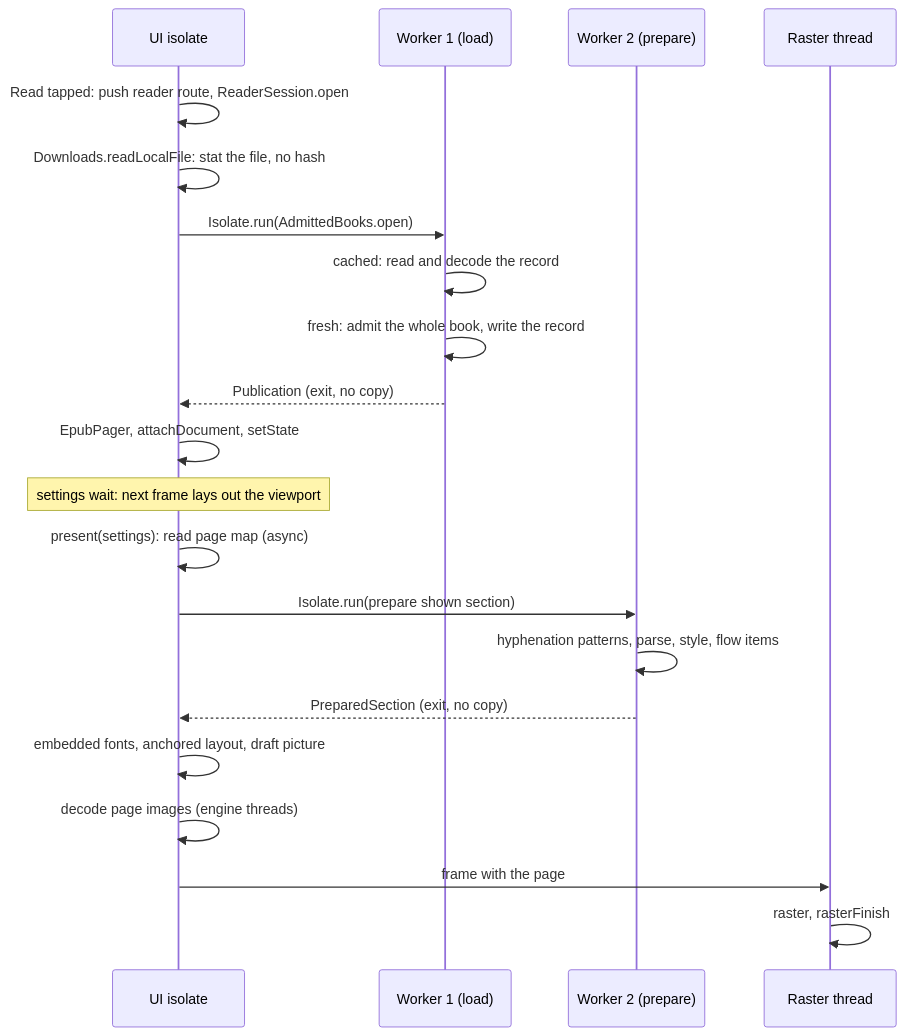
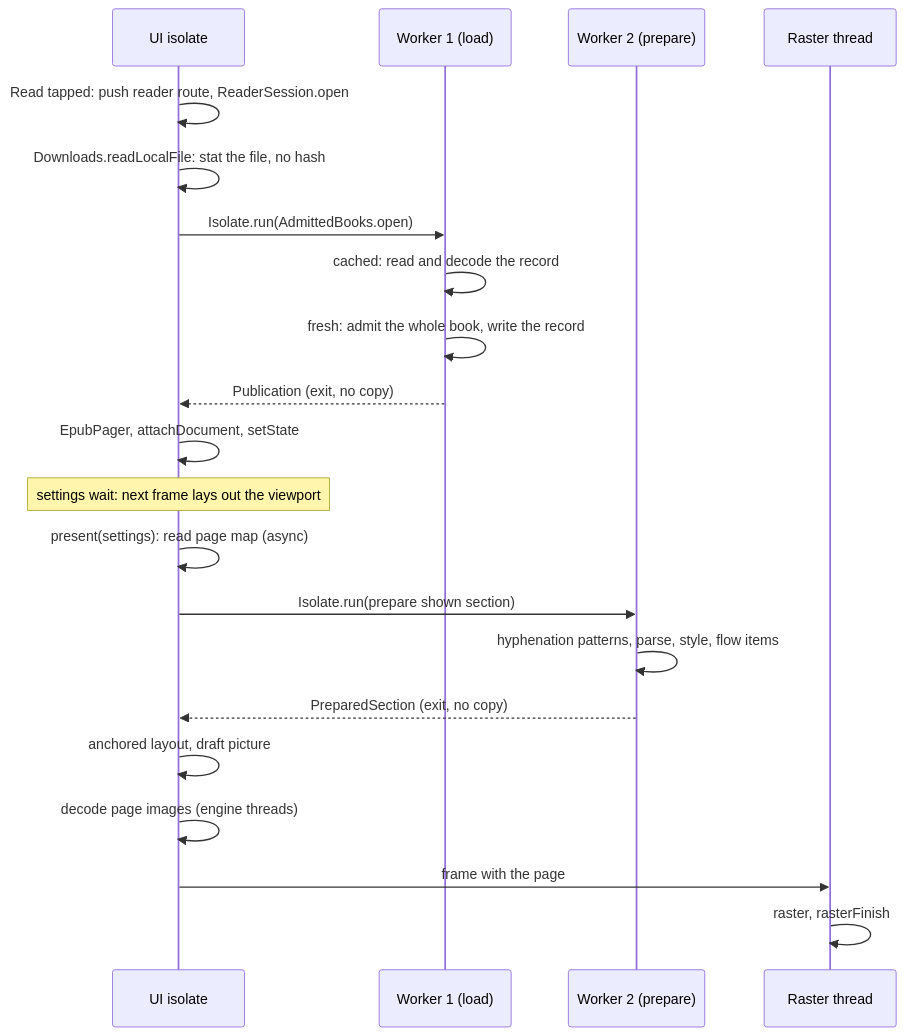
Before and after one commit to alexispurslane/bookfin: the diagram in docs/plans/faster-book-open.md, drawn with Mermaid. The commit also changed other lines of this file and 35 other files, not shown here.

````diff
--- a/docs/plans/faster-book-open.md
+++ b/docs/plans/faster-book-open.md
@@ -39,23 +39,23 @@
 ```mermaid
 sequenceDiagram
   participant UI as UI isolate
   participant W1 as Worker 1 (load)
   participant W2 as Worker 2 (prepare)
   participant R as Raster thread
   UI->>UI: Read tapped: push reader route, ReaderSession.open
   UI->>UI: Downloads.readLocalFile: stat the file, no hash
   UI->>W1: Isolate.run(AdmittedBooks.open)
   W1->>W1: cached: read and decode the record
   W1->>W1: fresh: admit the whole book, write the record
   W1-->>UI: Publication (exit, no copy)
   UI->>UI: EpubPager, attachDocument, setState
   Note over UI: settings wait: next frame lays out the viewport
   UI->>UI: present(settings): read page map (async)
   UI->>W2: Isolate.run(prepare shown section)
   W2->>W2: hyphenation patterns, parse, style, flow items
   W2-->>UI: PreparedSection (exit, no copy)
-  UI->>UI: embedded fonts, anchored layout, draft picture
+  UI->>UI: anchored layout, draft picture
   UI->>UI: decode page images (engine threads)
   UI->>R: frame with the page
   R->>R: raster, rasterFinish
 ```
````
